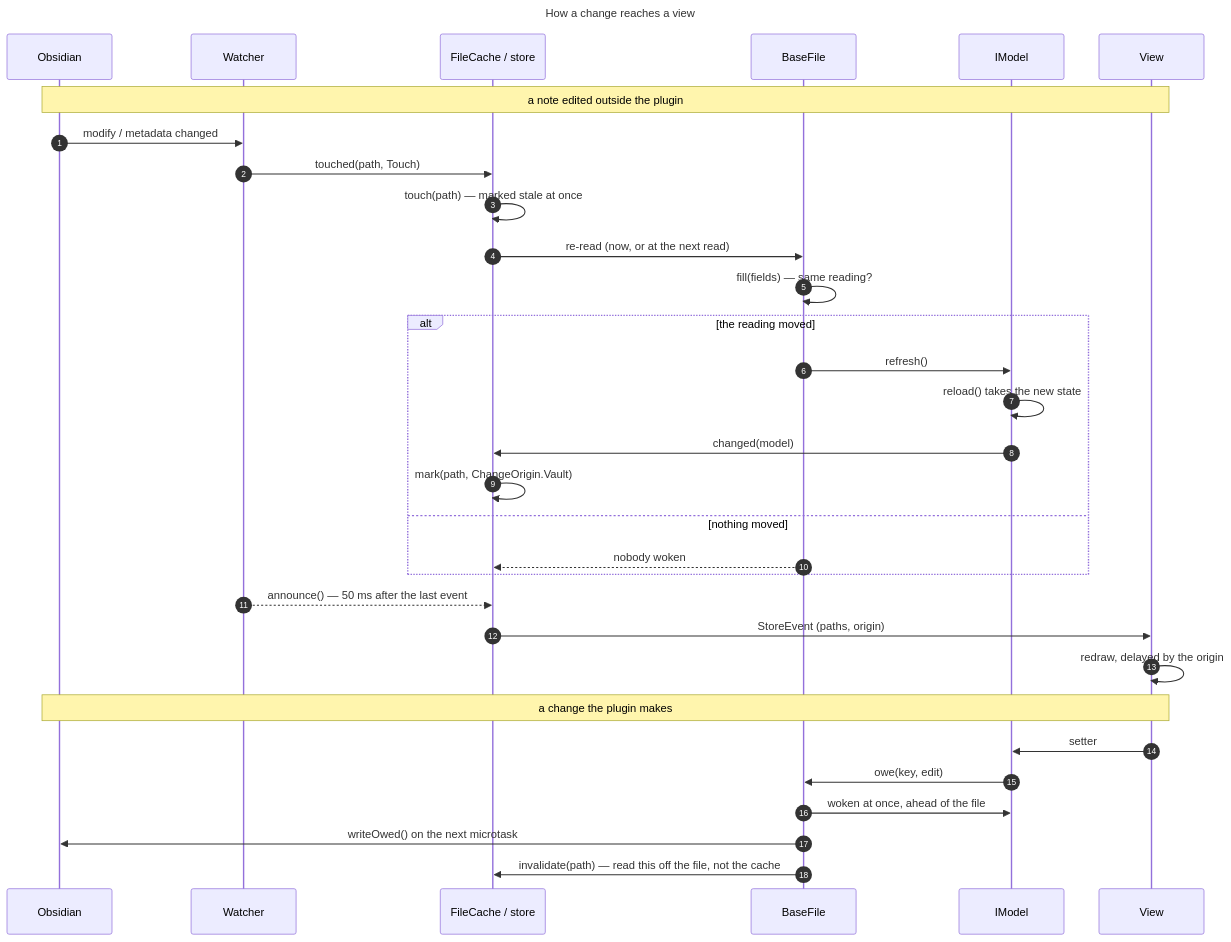
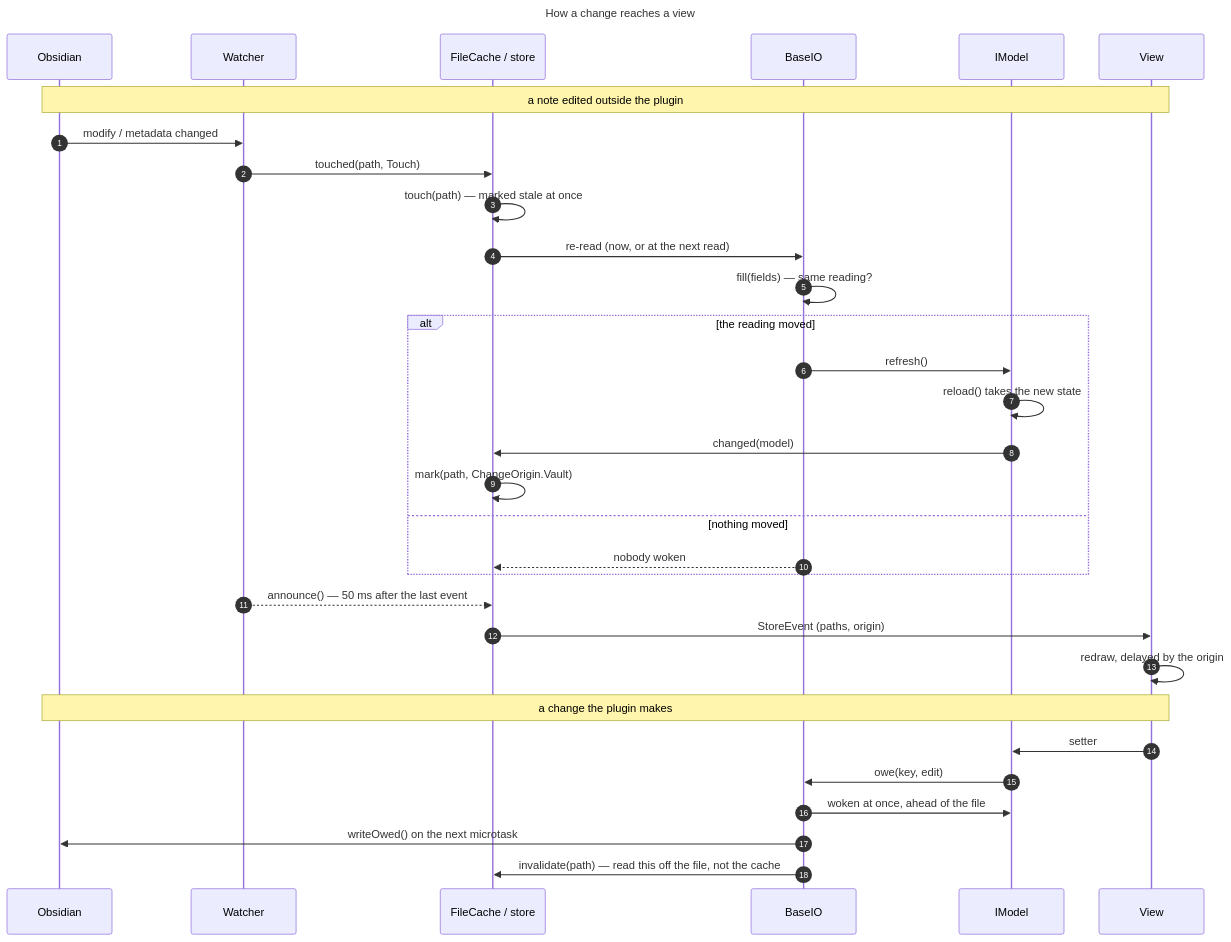
One commit to Laurent-Ferier/pm-compass changed the diagram in docs/technical/diagrams/change-flow.mmd. Above: the diagram before and after it, drawn with Mermaid. The commit also changed 70 other files, not shown here.

```diff
--- a/docs/technical/diagrams/change-flow.mmd
+++ b/docs/technical/diagrams/change-flow.mmd
@@ -1,36 +1,36 @@
 ---
 title: How a change reaches a view
 ---
 sequenceDiagram
   autonumber
   participant Obsidian
   participant Watcher
   participant Store as FileCache / store
-  participant File as BaseFile
+  participant File as BaseIO
   participant Model as IModel
   participant View
 
   Note over Obsidian,View: a note edited outside the plugin
   Obsidian->>Watcher: modify / metadata changed
   Watcher->>Store: touched(path, Touch)
   Store->>Store: touch(path) — marked stale at once
   Store->>File: re-read (now, or at the next read)
   File->>File: fill(fields) — same reading?
   alt the reading moved
     File->>Model: refresh()
     Model->>Model: reload() takes the new state
     Model->>Store: changed(model)
     Store->>Store: mark(path, ChangeOrigin.Vault)
   else nothing moved
     File-->>Store: nobody woken
   end
   Watcher-->>Store: announce() — 50 ms after the last event
   Store->>View: StoreEvent (paths, origin)
   View->>View: redraw, delayed by the origin
 
   Note over View,Obsidian: a change the plugin makes
   View->>Model: setter
   Model->>File: owe(key, edit)
   File->>Model: woken at once, ahead of the file
   File->>Obsidian: writeOwed() on the next microtask
   File->>Store: invalidate(path) — read this off the file, not the cache
```
